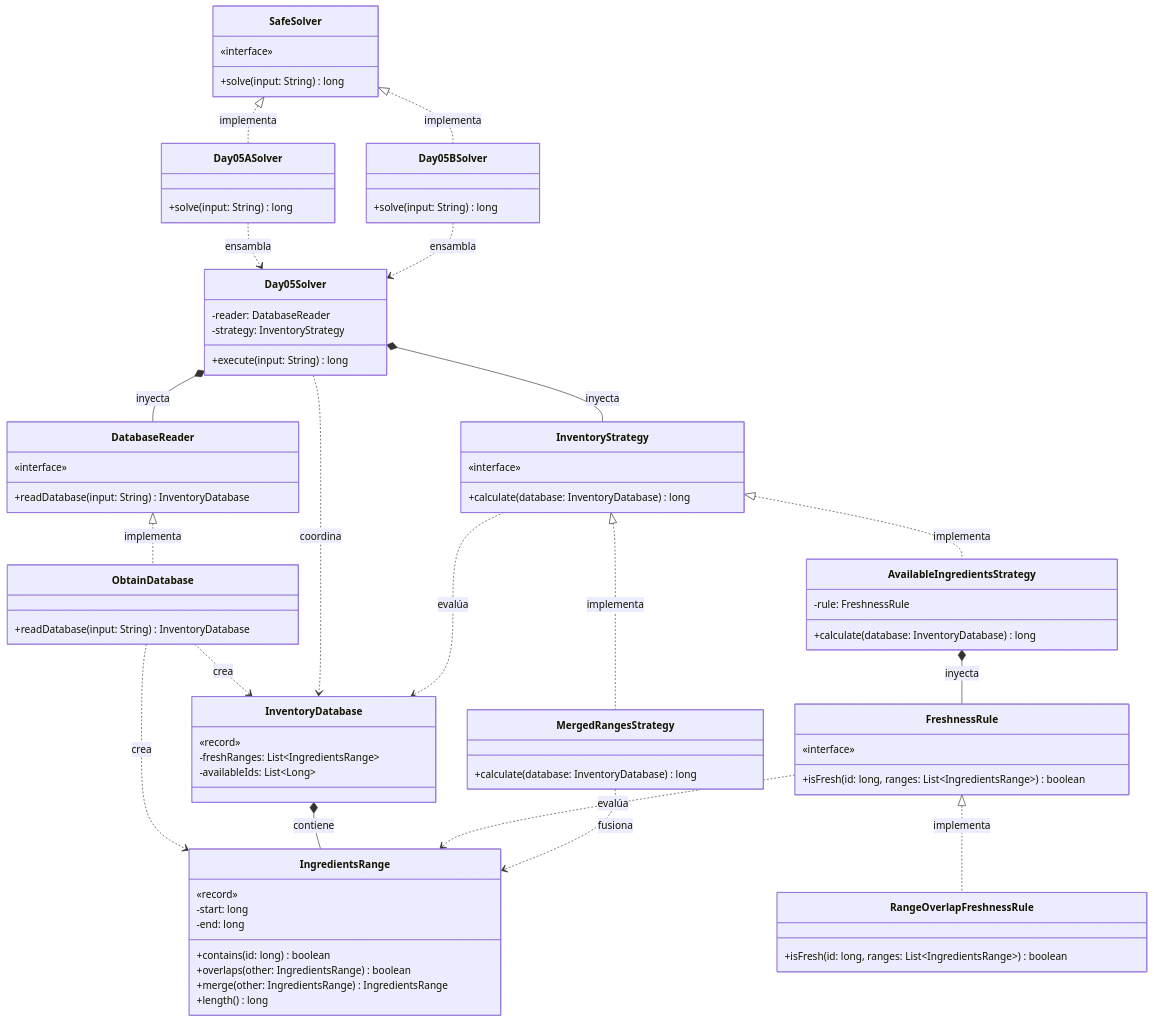
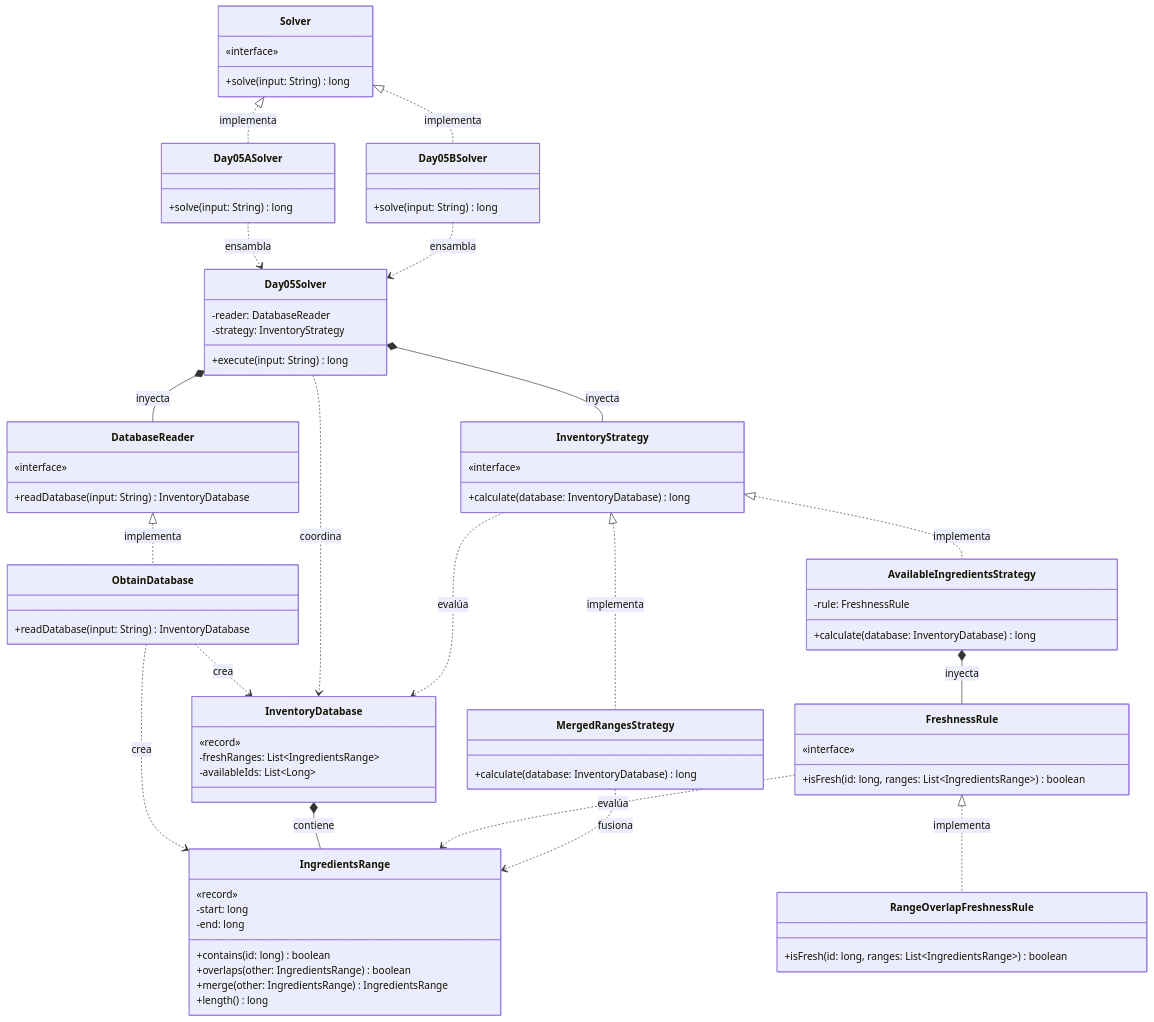
The diagram in src/main/java/software/aoc/day05/README.md (ivanperezdiaz829/AoC2025), drawn with Mermaid before and after one commit. The commit also changed 5 other files, not shown here.

Commit message:
fix(README): All mentions to SafeSolver changed by Solver

````diff
--- a/src/main/java/software/aoc/day05/README.md
+++ b/src/main/java/software/aoc/day05/README.md
@@ -39,6 +39,6 @@
 ```mermaid
 classDiagram
-    class SafeSolver {
+    class Solver {
         «interface»
         +solve(input: String) long
     }
@@ -106,8 +106,8 @@
     }
 
 %% Relaciones de Implementación
-    SafeSolver <|.. Day05ASolver : implementa
-    SafeSolver <|.. Day05BSolver : implementa
+    Solver <|.. Day05ASolver : implementa
+    Solver <|.. Day05BSolver : implementa
     DatabaseReader <|.. ObtainDatabase : implementa
     InventoryStrategy <|.. AvailableIngredientsStrategy : implementa
     InventoryStrategy <|.. MergedRangesStrategy : implementa
````
